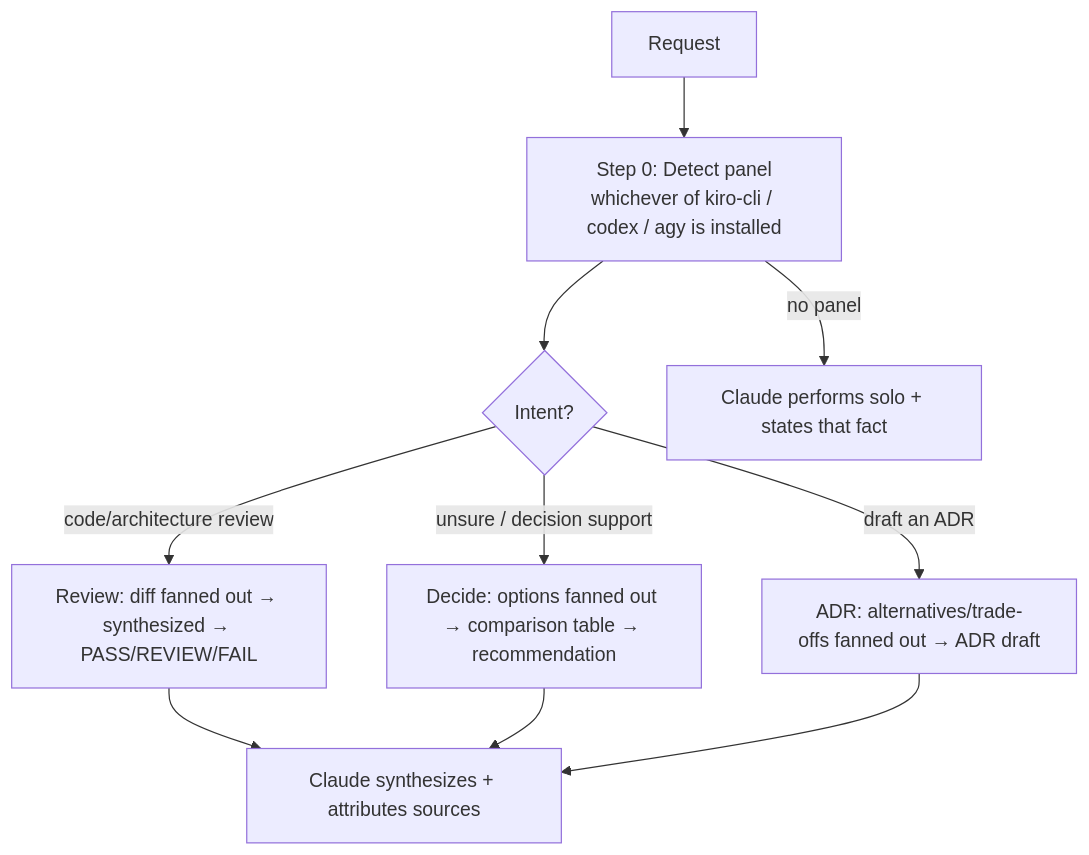
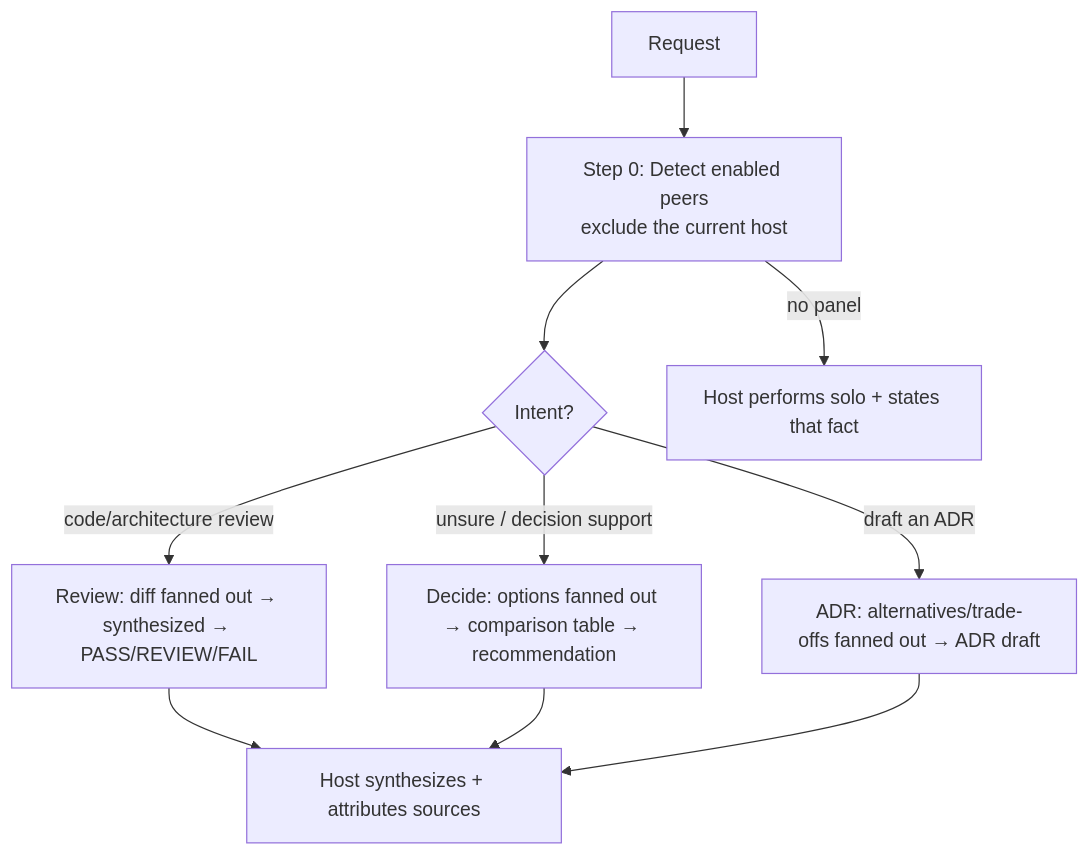
One commit to Atom-oh/oh-my-cloud-skills changed the diagram in plugins/co-agent/agents/co-agent.md. Above: the diagram before and after it, drawn with Mermaid. The commit also changed other lines of this file and 31 other files, not shown here.

Commit message:
feat: add Codex runtime adapters and host-aware workflows

````diff
--- a/plugins/co-agent/agents/co-agent.md
+++ b/plugins/co-agent/agents/co-agent.md
@@ -37,12 +37,12 @@
 ```mermaid
 graph TD
-    A[Request] --> P[Step 0: Detect panel<br/>whichever of kiro-cli / codex / agy is installed]
+    A[Request] --> P[Step 0: Detect enabled peers<br/>exclude the current host]
     P --> B{Intent?}
     B -->|code/architecture review| R[Review: diff fanned out → synthesized → PASS/REVIEW/FAIL]
     B -->|"unsure" / decision support| D[Decide: options fanned out → comparison table → recommendation]
     B -->|draft an ADR| ADR[ADR: alternatives/trade-offs fanned out → ADR draft]
-    R --> S[Claude synthesizes + attributes sources]
+    R --> S[Host synthesizes + attributes sources]
     D --> S
     ADR --> S
-    P -->|no panel| SOLO[Claude performs solo + states that fact]
+    P -->|no panel| SOLO[Host performs solo + states that fact]
 ```
````
